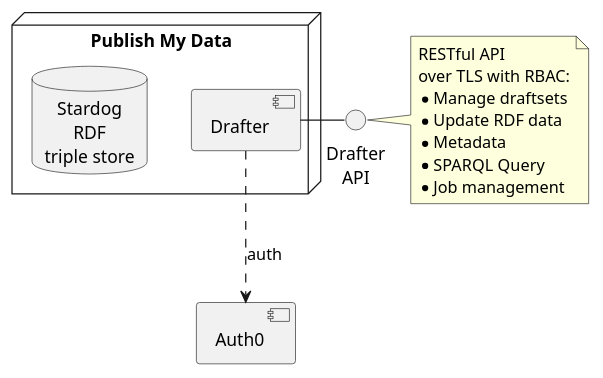
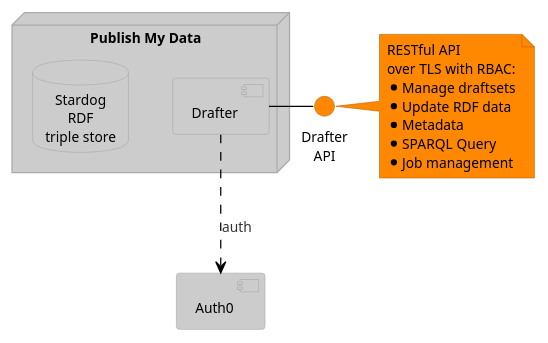
One commit to GSS-Cogs/architecture changed the diagram in drafter.puml. Above: the diagram before and after it, drawn with PlantUML. The commit also changed 4 other files, not shown here.

Commit message:
Describe RAP a bit more. Use reddress-lightorange theme.

```diff
--- a/drafter.puml
+++ b/drafter.puml
@@ -1,25 +1,26 @@
 @startuml
+!theme reddress-lightorange
 
 skinparam defaultTextAlignment center
 skinparam noteTextAlignment left
 'left to right direction
 
 node "Publish My Data" {
   database "Stardog\nRDF\ntriple store"
   [Drafter]
 }
 () "Drafter\nAPI" -l- Drafter
 
 [Drafter] ..> [Auth0] :auth
 
 note right of "Drafter\nAPI"
   RESTful API
   over TLS with RBAC:
   * Manage draftsets
   * Update RDF data
   * Metadata
   * SPARQL Query
   * Job management
 end note
 
 @enduml
```
